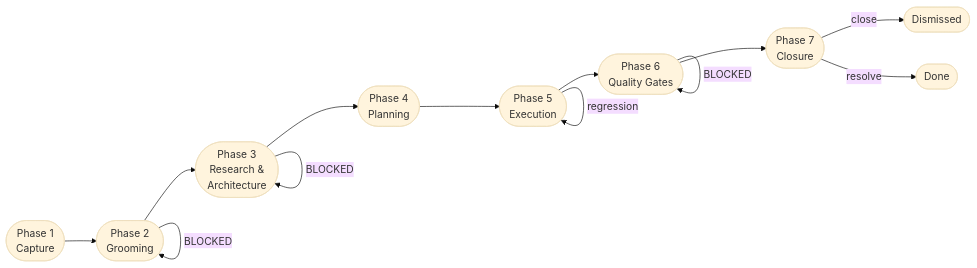
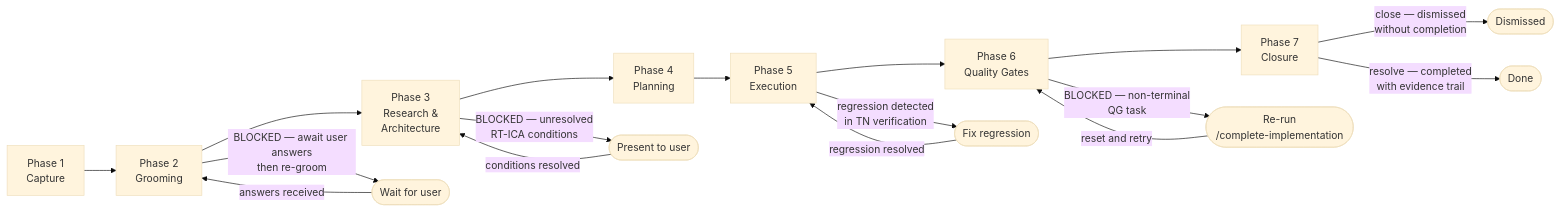
Before and after one commit to chgreer1070/claude_skills: the first of 8 diagrams in plugins/development-harness/docs/backlog-item-lifecycle.md, drawn with Mermaid (base theme). The commit also changed other lines of this file and 2 other files, not shown here.

First line of the commit message:
feat(dh): add stable node IDs, contracts, and structural Mermaid fixes to lifecycle doc

````diff
--- a/plugins/development-harness/docs/backlog-item-lifecycle.md
+++ b/plugins/development-harness/docs/backlog-item-lifecycle.md
@@ -22,15 +31,19 @@
 ```mermaid
 flowchart LR
-    P1([Phase 1<br>Capture]) --> P2([Phase 2<br>Grooming])
-    P2 --> P3([Phase 3<br>Research &<br>Architecture])
-    P3 --> P4([Phase 4<br>Planning])
-    P4 --> P5([Phase 5<br>Execution])
-    P5 --> P6([Phase 6<br>Quality Gates])
-    P6 --> P7([Phase 7<br>Closure])
-    P2 -->|BLOCKED| P2
-    P3 -->|BLOCKED| P3
-    P5 -->|regression| P5
-    P6 -->|BLOCKED| P6
-    P7 -->|close| P7close([Dismissed])
-    P7 -->|resolve| P7done([Done])
+    P1["Phase 1<br>Capture"] --> P2["Phase 2<br>Grooming"]
+    P2 --> P3["Phase 3<br>Research &amp;<br>Architecture"]
+    P3 --> P4["Phase 4<br>Planning"]
+    P4 --> P5["Phase 5<br>Execution"]
+    P5 --> P6["Phase 6<br>Quality Gates"]
+    P6 --> P7["Phase 7<br>Closure"]
+    P2 -->|"BLOCKED — await user answers<br>then re-groom"| P2W(["Wait for user"])
+    P2W -->|"answers received"| P2
+    P3 -->|"BLOCKED — unresolved<br>RT-ICA conditions"| P3W(["Present to user"])
+    P3W -->|"conditions resolved"| P3
+    P5 -->|"regression detected<br>in TN verification"| P5W(["Fix regression"])
+    P5W -->|"regression resolved"| P5
+    P6 -->|"BLOCKED — non-terminal<br>QG task"| P6W(["Re-run<br>/complete-implementation"])
+    P6W -->|"reset and retry"| P6
+    P7 -->|"close — dismissed<br>without completion"| P7close(["Dismissed"])
+    P7 -->|"resolve — completed<br>with evidence trail"| P7done(["Done"])
 ```
````
